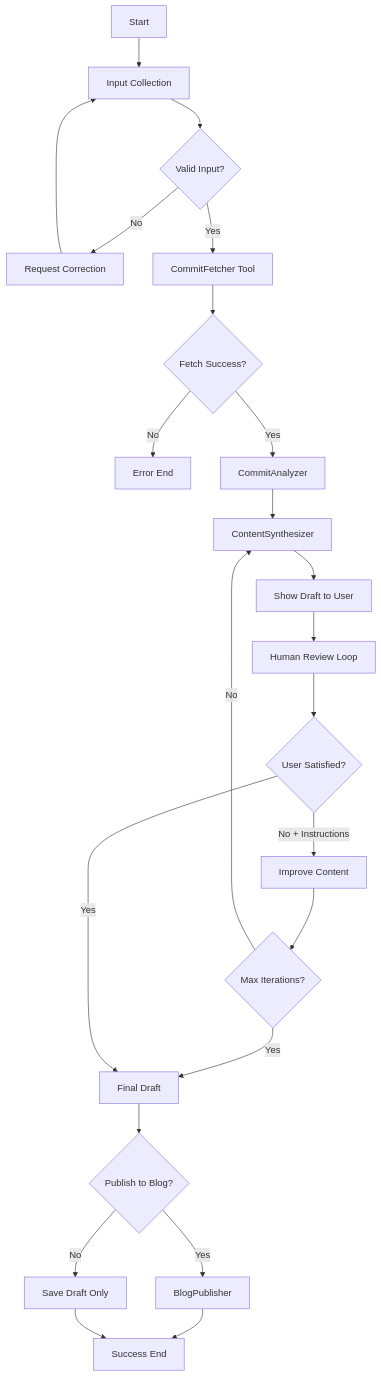
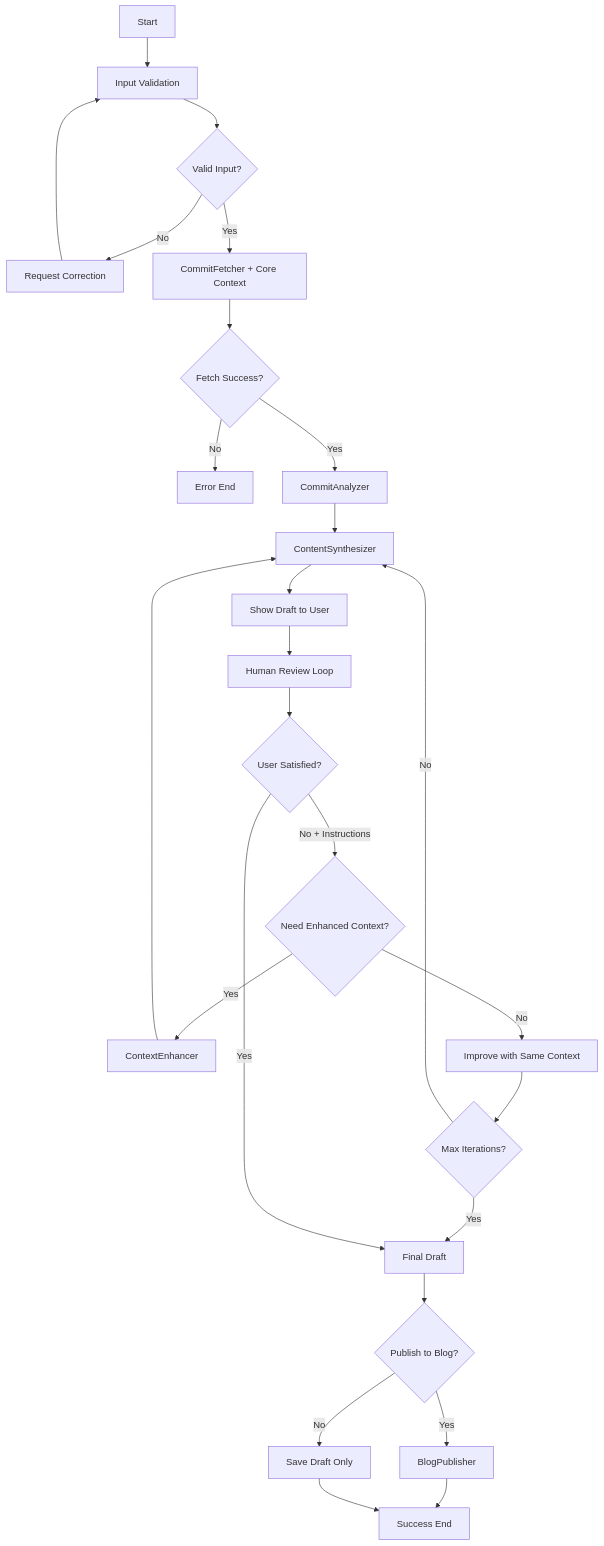
The diagram in LangGraph_Architecture.md (domini04/bluestar), drawn with Mermaid before and after one commit. The commit also changed other lines of this file and 21 other files, not shown here.

````diff
--- a/LangGraph_Architecture.md
+++ b/LangGraph_Architecture.md
@@ -22,25 +22,28 @@
 ```mermaid
 graph TD
-    A[Start] --> B[Input Collection]
+    A[Start] --> B[Input Validation]
     B --> C{Valid Input?}
     C -->|No| D[Request Correction]
     D --> B
-    C -->|Yes| E[CommitFetcher Tool]
+    C -->|Yes| E[CommitFetcher + Core Context]
     E --> F{Fetch Success?}
     F -->|No| G[Error End]
     F -->|Yes| H[CommitAnalyzer]
     H --> I[ContentSynthesizer]
     I --> J[Show Draft to User]
     J --> K[Human Review Loop]
     K --> L{User Satisfied?}
-    L -->|No + Instructions| M[Improve Content]
-    M --> N{Max Iterations?}
-    N -->|No| I
-    N -->|Yes| O[Final Draft]
-    L -->|Yes| O
-    O --> P{Publish to Blog?}
-    P -->|Yes| Q[BlogPublisher]
-    P -->|No| R[Save Draft Only]
-    Q --> S[Success End]
-    R --> S
+    L -->|No + Instructions| M{Need Enhanced Context?}
+    M -->|Yes| N[ContextEnhancer]
+    N --> I
+    M -->|No| O[Improve with Same Context]
+    O --> P{Max Iterations?}
+    P -->|No| I
+    P -->|Yes| Q[Final Draft]
+    L -->|Yes| Q
+    Q --> R{Publish to Blog?}
+    R -->|Yes| S[BlogPublisher]
+    R -->|No| T[Save Draft Only]
+    S --> U[Success End]
+    T --> U
 ```
````
